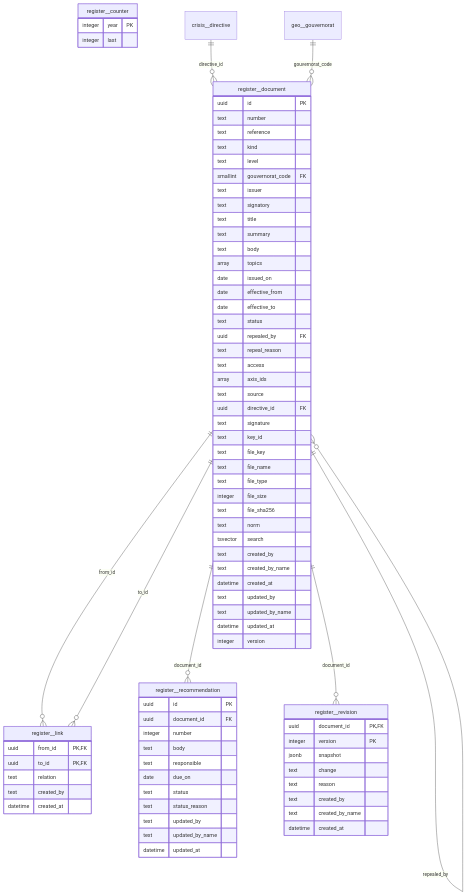
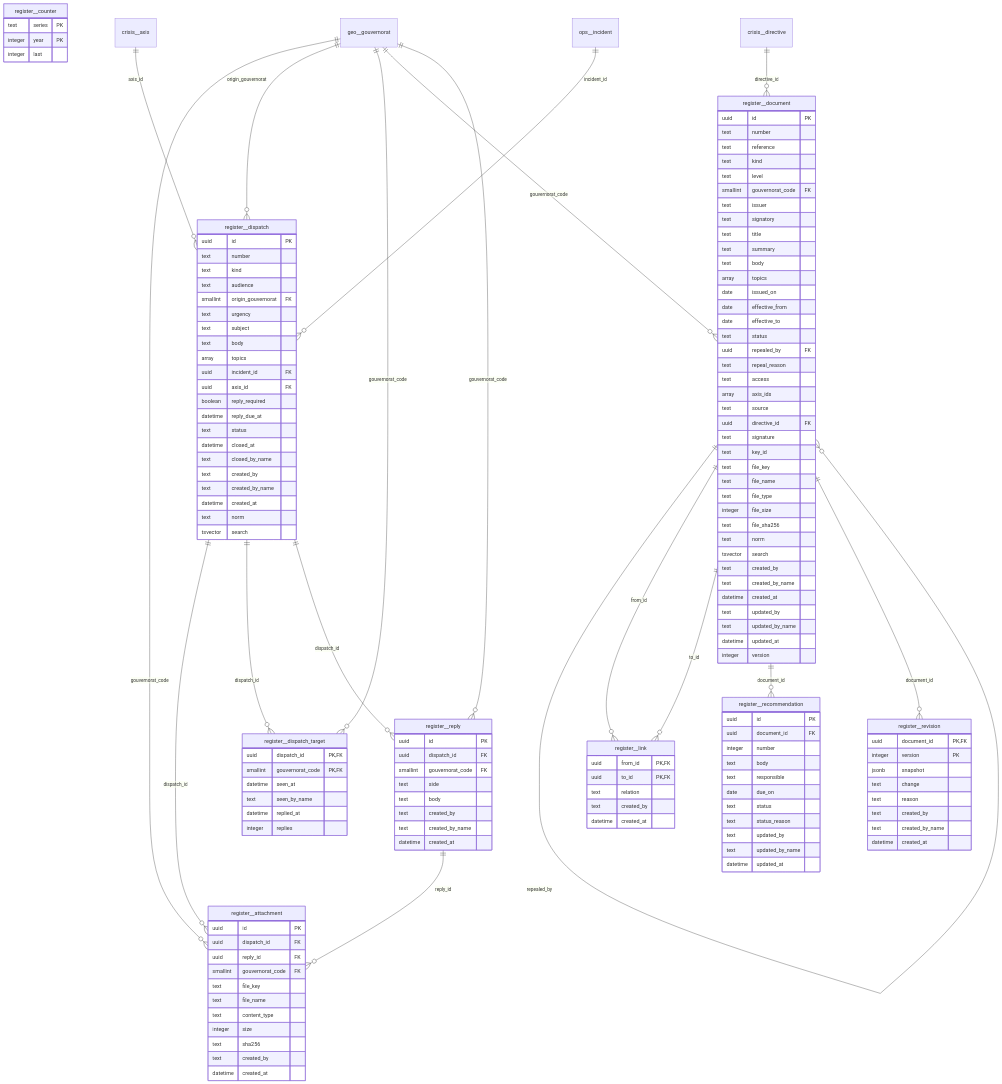
Diagram 20 of 25 in docs/erd.md (mouhabouk/E-HIMAYA), drawn with Mermaid before and after one commit. The commit also changed 11 other files, not shown here.

````diff
--- a/docs/erd.md
+++ b/docs/erd.md
@@ -1781,8 +1781,53 @@
 ```mermaid
 erDiagram
+    register__attachment {
+        uuid id PK
+        uuid dispatch_id FK
+        uuid reply_id FK
+        smallint gouvernorat_code FK
+        text file_key
+        text file_name
+        text content_type
+        integer size
+        text sha256
+        text created_by
+        datetime created_at
+    }
     register__counter {
+        text series PK
         integer year PK
         integer last
+    }
+    register__dispatch {
+        uuid id PK
+        text number
+        text kind
+        text audience
+        smallint origin_gouvernorat FK
+        text urgency
+        text subject
+        text body
+        array topics
+        uuid incident_id FK
+        uuid axis_id FK
+        boolean reply_required
+        datetime reply_due_at
+        text status
+        datetime closed_at
+        text closed_by_name
+        text created_by
+        text created_by_name
+        datetime created_at
+        text norm
+        tsvector search
+    }
+    register__dispatch_target {
+        uuid dispatch_id PK,FK
+        smallint gouvernorat_code PK,FK
+        datetime seen_at
+        text seen_by_name
+        datetime replied_at
+        integer replies
     }
     register__document {
         uuid id PK
@@ -1844,6 +1889,16 @@
         text updated_by_name
         datetime updated_at
     }
+    register__reply {
+        uuid id PK
+        uuid dispatch_id FK
+        smallint gouvernorat_code FK
+        text side
+        text body
+        text created_by
+        text created_by_name
+        datetime created_at
+    }
     register__revision {
         uuid document_id PK,FK
         integer version PK
@@ -1854,11 +1909,21 @@
         text created_by_name
         datetime created_at
     }
+    crisis__axis ||--o{ register__dispatch : "axis_id"
     crisis__directive ||--o{ register__document : "directive_id"
+    geo__gouvernorat ||--o{ register__attachment : "gouvernorat_code"
+    geo__gouvernorat ||--o{ register__dispatch : "origin_gouvernorat"
+    geo__gouvernorat ||--o{ register__dispatch_target : "gouvernorat_code"
     geo__gouvernorat ||--o{ register__document : "gouvernorat_code"
+    geo__gouvernorat ||--o{ register__reply : "gouvernorat_code"
+    ops__incident ||--o{ register__dispatch : "incident_id"
+    register__dispatch ||--o{ register__attachment : "dispatch_id"
+    register__dispatch ||--o{ register__dispatch_target : "dispatch_id"
+    register__dispatch ||--o{ register__reply : "dispatch_id"
     register__document ||--o{ register__document : "repealed_by"
     register__document ||--o{ register__link : "from_id"
     register__document ||--o{ register__link : "to_id"
     register__document ||--o{ register__recommendation : "document_id"
     register__document ||--o{ register__revision : "document_id"
+    register__reply ||--o{ register__attachment : "reply_id"
 ```
````
